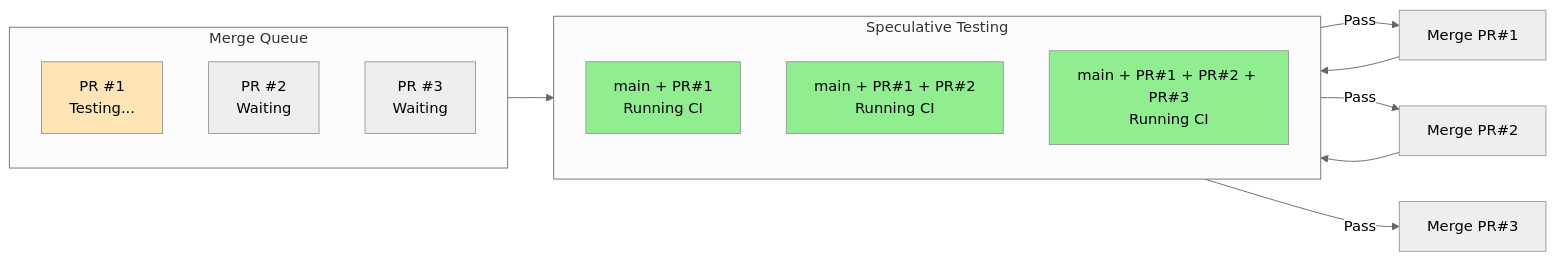
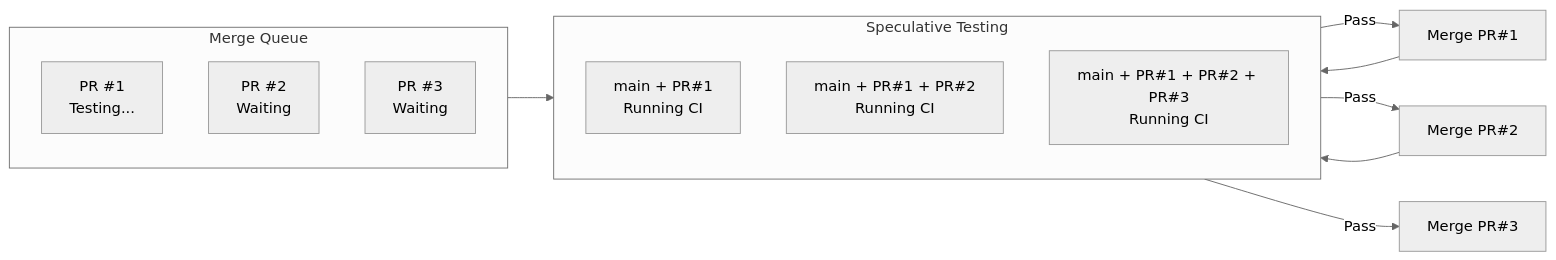
The eighth of 8 diagrams in docs/cicd/branching-strategies.md (shivam-g-mishra/blog), drawn with Mermaid before and after one commit. The commit also changed other lines of this file and 23 other files, not shown here.

First line of the commit message:
fix: improve Mermaid diagram visibility in dark mode

````diff
--- a/docs/cicd/branching-strategies.md
+++ b/docs/cicd/branching-strategies.md
@@ -648,30 +612,25 @@
 ```mermaid
 %%{init: {'theme': 'neutral'}}%%
 flowchart LR
     subgraph queue["Merge Queue"]
         direction TB
         PR1["PR #1<br/>Testing..."]
         PR2["PR #2<br/>Waiting"]
         PR3["PR #3<br/>Waiting"]
     end
     
     subgraph speculative["Speculative Testing"]
         direction TB
         S1["main + PR#1<br/>Running CI"]
         S2["main + PR#1 + PR#2<br/>Running CI"]
         S3["main + PR#1 + PR#2 + PR#3<br/>Running CI"]
     end
     
     queue --> speculative
     
     S1 -->|Pass| M1["Merge PR#1"]
     M1 --> S2
     S2 -->|Pass| M2["Merge PR#2"]
     M2 --> S3
     S3 -->|Pass| M3["Merge PR#3"]
-    
-    style PR1 fill:#FFE4B5
-    style S1 fill:#90EE90
-    style S2 fill:#90EE90
-    style S3 fill:#90EE90
 ```
````
